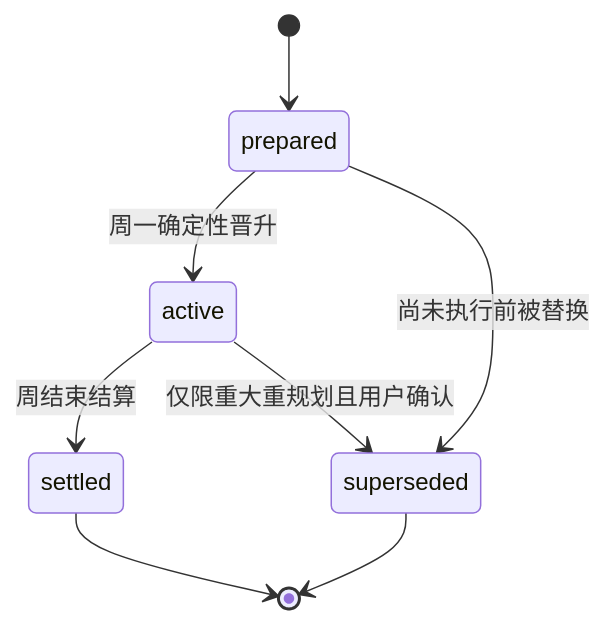
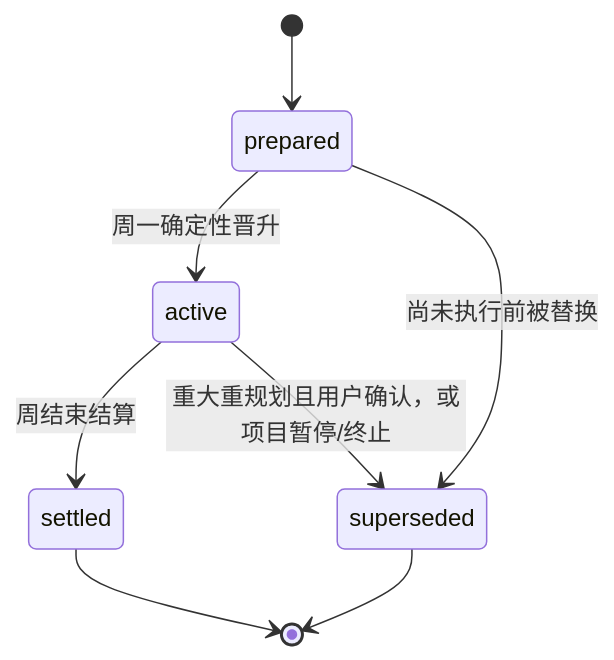
The fourth of 8 diagrams in ai-technical-details/02-state-machines.md (leicanxi/inkfield), drawn with Mermaid before and after one commit. The commit also changed other lines of this file and 7 other files, not shown here.

````diff
--- a/ai-technical-details/02-state-machines.md
+++ b/ai-technical-details/02-state-machines.md
@@ -173,10 +179,10 @@
 ```mermaid
 stateDiagram-v2
     [*] --> prepared
     prepared --> active: 周一确定性晋升
     prepared --> superseded: 尚未执行前被替换
     active --> settled: 周结束结算
-    active --> superseded: 仅限重大重规划且用户确认
+    active --> superseded: 重大重规划且用户确认，或项目暂停/终止
     settled --> [*]
     superseded --> [*]
 ```
````
